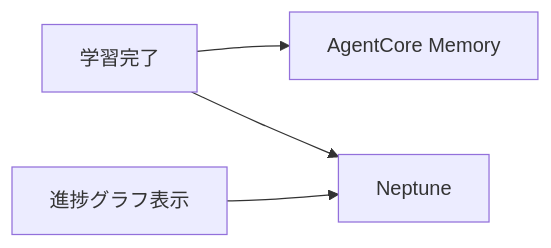
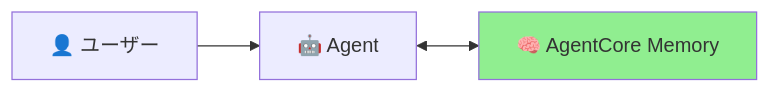
One commit to aezisai-inc/rd-knowledge-sample changed the fourth of 6 diagrams in MEMORY_ARCHITECTURE_DESIGN.md. Above: the diagram before and after it, drawn with Mermaid. The commit also changed other lines of this file and 1 other file, not shown here.

First line of the commit message:
docs: Add Graphiti integration design document

````diff
--- a/MEMORY_ARCHITECTURE_DESIGN.md
+++ b/MEMORY_ARCHITECTURE_DESIGN.md
@@ -465,6 +528,7 @@
 ```mermaid
 flowchart LR
-    A["学習完了"] --> B["AgentCore Memory"]
-    A --> C["Neptune"]
-    D["進捗グラフ表示"] --> C
+    User["👤 ユーザー"] --> Agent["🤖 Agent"]
+    Agent <--> ACM["🧠 AgentCore Memory"]
+    
+    style ACM fill:#90EE90
 ```
````
